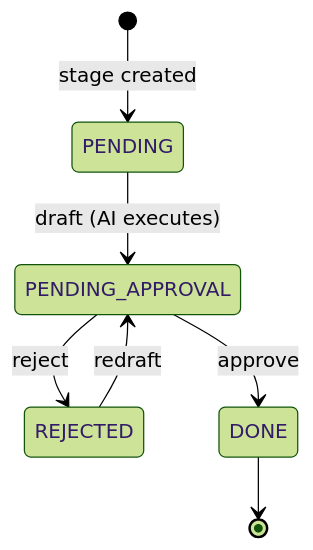
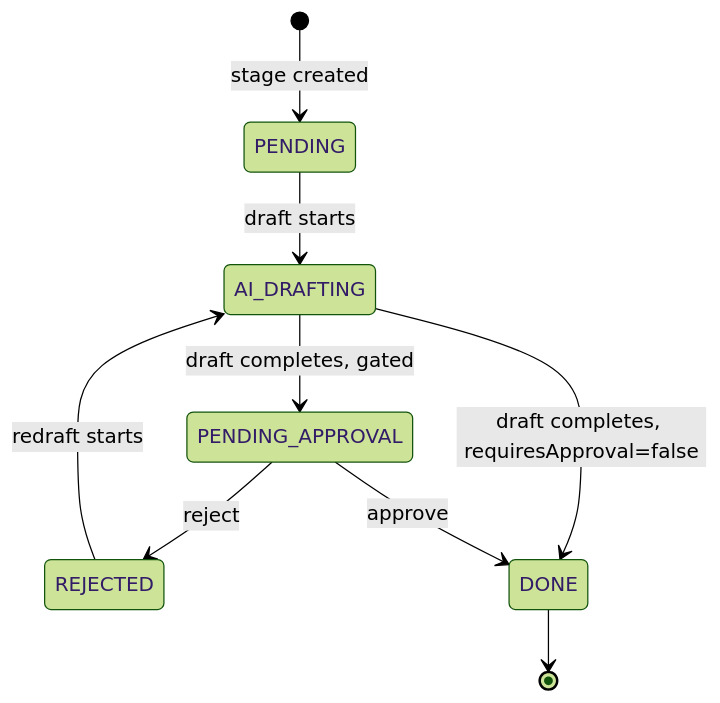
Before and after one commit to levavishay1-sketch/delivery-control-center: the first of 4 diagrams in docs/PRODUCT_SPEC.md, drawn with Mermaid (forest theme). The commit also changed other lines of this file, not shown here.

First line of the commit message:
Fix inaccurate claims in PRODUCT_SPEC.md about Approval identity and AI_DRAFTING

````diff
--- a/docs/PRODUCT_SPEC.md
+++ b/docs/PRODUCT_SPEC.md
@@ -554,9 +558,11 @@
 ```mermaid
 stateDiagram-v2
     [*] --> PENDING: stage created
-    PENDING --> PENDING_APPROVAL: draft (AI executes)
-    REJECTED --> PENDING_APPROVAL: redraft
+    PENDING --> AI_DRAFTING: draft starts
+    REJECTED --> AI_DRAFTING: redraft starts
+    AI_DRAFTING --> PENDING_APPROVAL: draft completes, gated
+    AI_DRAFTING --> DONE: draft completes, requiresApproval=false
     PENDING_APPROVAL --> DONE: approve
     PENDING_APPROVAL --> REJECTED: reject
     DONE --> [*]
 ```
````
